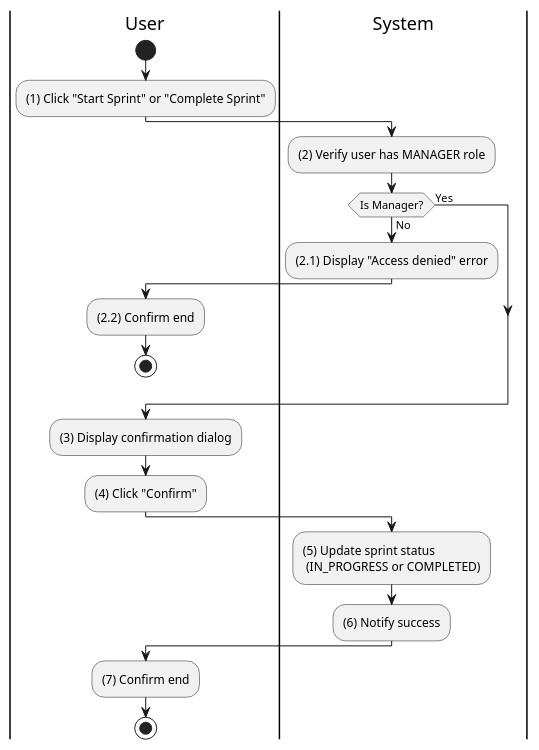
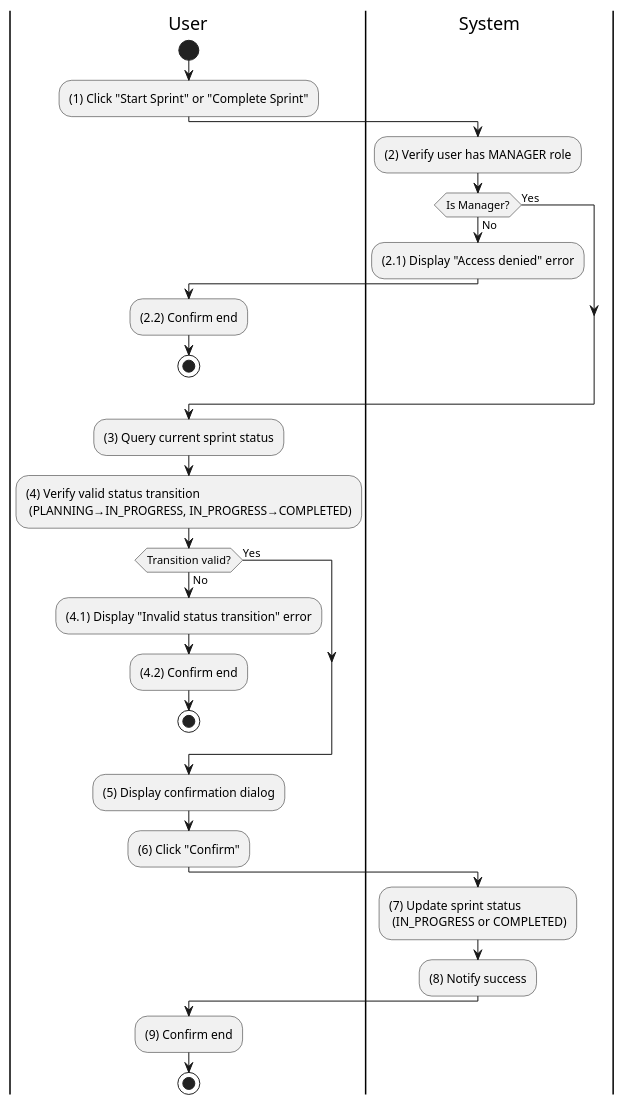
The diagram in docs/docs/activity/sprint-management/start-complete-sprint.md (taskpilot-platform/taskpilot-platform.github.io), drawn with PlantUML before and after one commit. The commit also changed 17 other files, not shown here.

````diff
--- a/docs/docs/activity/sprint-management/start-complete-sprint.md
+++ b/docs/docs/activity/sprint-management/start-complete-sprint.md
@@ -3,35 +3,46 @@
 ```plantuml
 @startuml
 |U|User
 |S|System
 
 |U|
 start
 :(1) Click "Start Sprint" or "Complete Sprint";
 
 |S|
 :(2) Verify user has MANAGER role;
 
 if (Is Manager?) then (No)
   :(2.1) Display "Access denied" error;
   |U|
   :(2.2) Confirm end;
   stop
 else (Yes)
 endif
 
-:(3) Display confirmation dialog;
+:(3) Query current sprint status;
+:(4) Verify valid status transition \n (PLANNING→IN_PROGRESS, IN_PROGRESS→COMPLETED);
+
+if (Transition valid?) then (No)
+  :(4.1) Display "Invalid status transition" error;
+  |U|
+  :(4.2) Confirm end;
+  stop
+else (Yes)
+endif
+
+:(5) Display confirmation dialog;
 
 |U|
-:(4) Click "Confirm";
+:(6) Click "Confirm";
 
 |S|
-:(5) Update sprint status \n (IN_PROGRESS or COMPLETED);
-:(6) Notify success;
+:(7) Update sprint status \n (IN_PROGRESS or COMPLETED);
+:(8) Notify success;
 
 |U|
-:(7) Confirm end;
+:(9) Confirm end;
 
 stop
 @enduml
 ```
````
